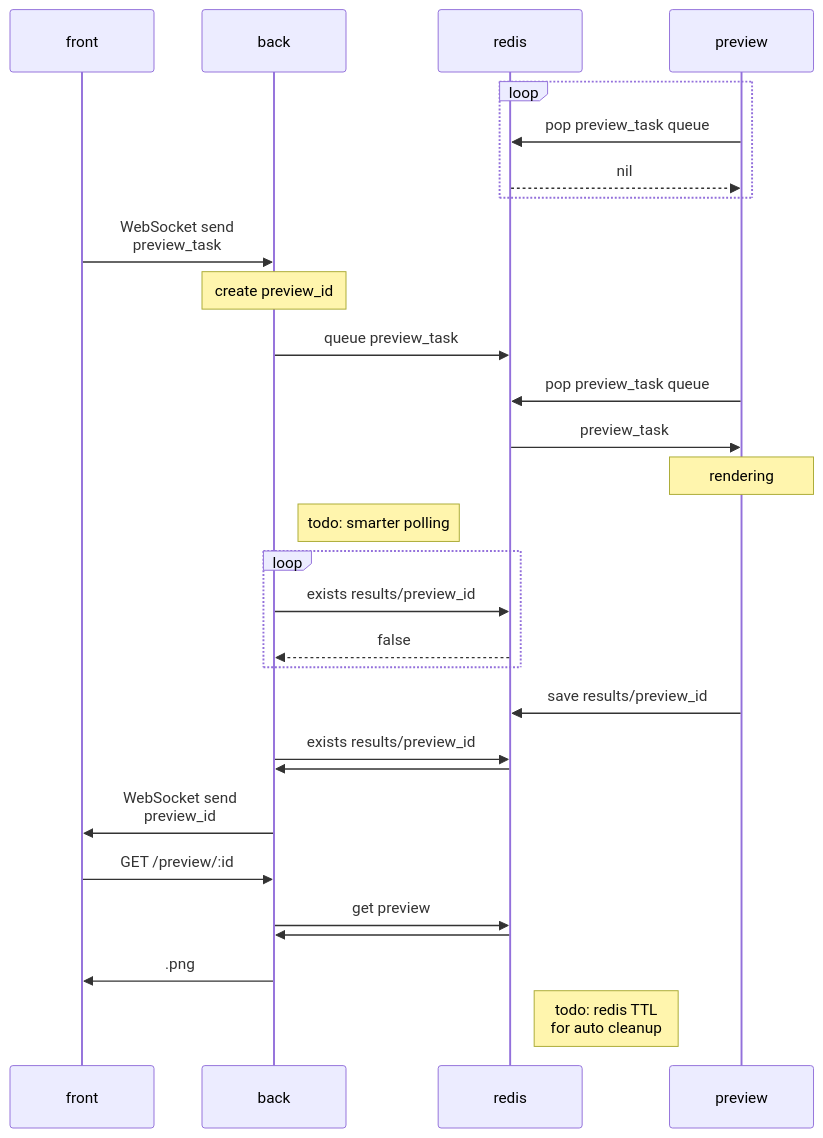
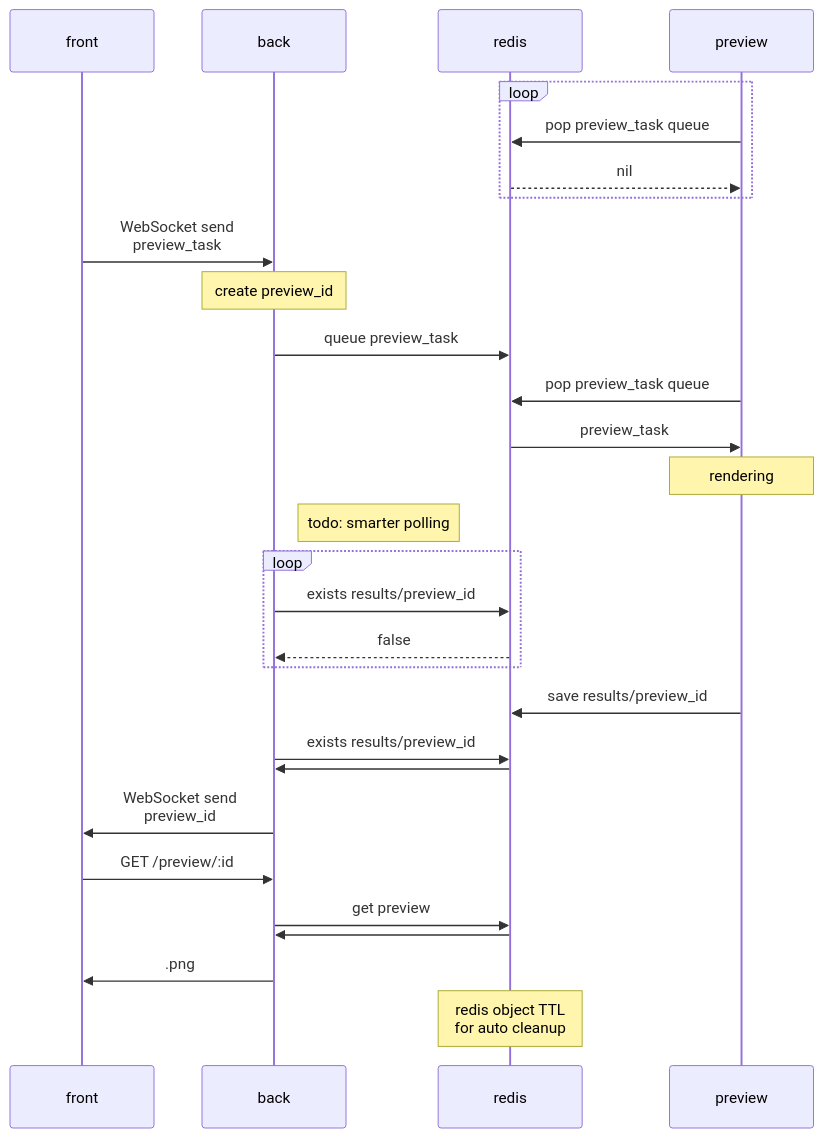
One commit to Walther/clovers-service changed the second of 2 diagrams in README.md. Above: the diagram before and after it, drawn with Mermaid. The commit also changed other lines of this file, not shown here.

Commit message:
chore: update diagrams

````diff
--- a/README.md
+++ b/README.md
@@ -81,31 +85,31 @@
 ```mermaid
 sequenceDiagram
     participant front
     participant back
     participant redis
     participant preview
     loop
       preview->>redis: pop preview_task queue
       redis-->>preview: nil
     end
     front->>back: WebSocket send <br> preview_task
     note over back: create preview_id
     back->>redis: queue preview_task
     preview->>redis: pop preview_task queue
     redis->>preview: preview_task
     note over preview: rendering
     note right of back: todo: smarter polling
     loop
       back->>redis: exists results/preview_id;
       redis-->>back: false
     end
     preview->>redis: save results/preview_id
     back->>redis: exists results/preview_id
     redis->>back: ;
     back->>front: WebSocket send <br> preview_id
     front->>back: GET /preview/:id
     back->>redis: get preview
     redis->>back: ;
     back->>front: .png
-    note right of redis: todo: redis TTL <br> for auto cleanup
+    note over redis: redis object TTL <br> for auto cleanup
 ```
````
